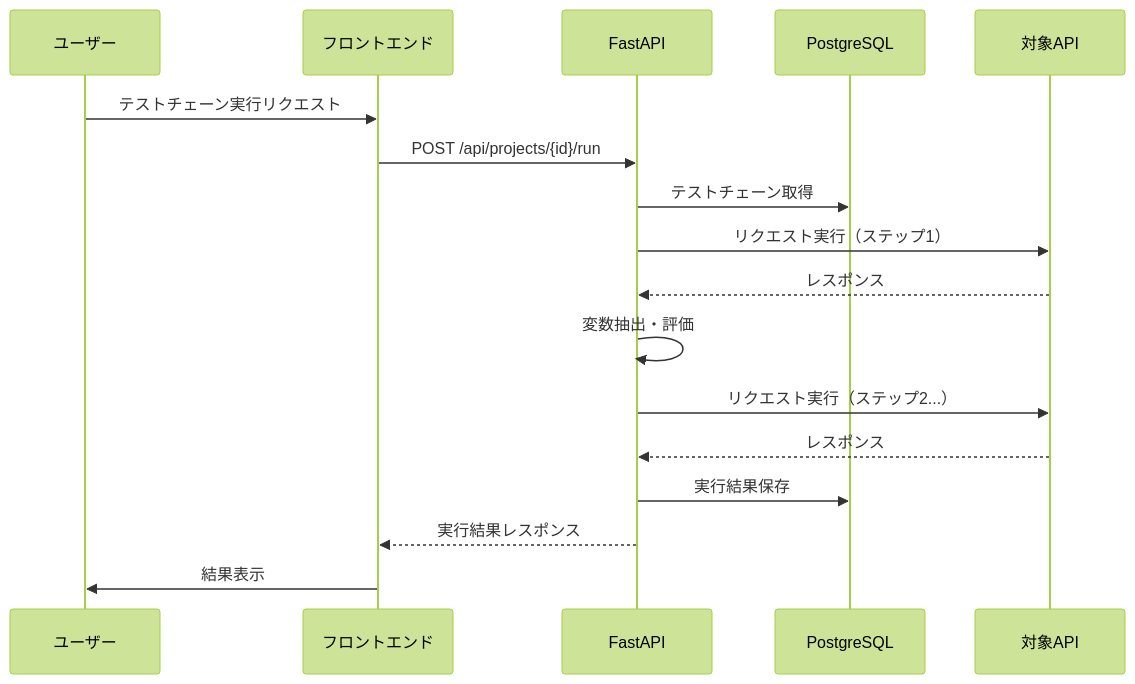
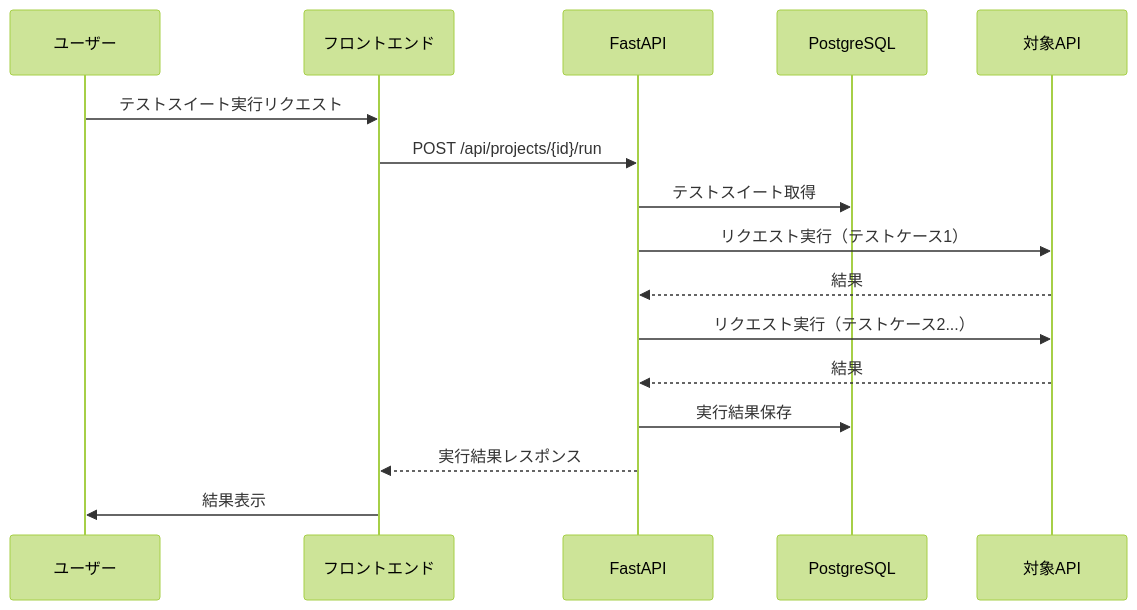
Before and after one commit to Pirikara/caseforge: the fourth of 5 diagrams in ARCHITECTURE.md, drawn with Mermaid (forest theme). The commit also changed other lines of this file and 46 other files, not shown here.

````diff
--- a/ARCHITECTURE.md
+++ b/ARCHITECTURE.md
@@ -169,20 +169,19 @@
 ```mermaid
 sequenceDiagram
   participant User as ユーザー
   participant UI as フロントエンド
   participant API as FastAPI
   participant DB as PostgreSQL
   participant Target as 対象API
 
-  User->>UI: テストチェーン実行リクエスト
+  User->>UI: テストスイート実行リクエスト
   UI->>API: POST /api/projects/{id}/run
-  API->>DB: テストチェーン取得
-  API->>Target: リクエスト実行（ステップ1）
-  Target-->>API: レスポンス
-  API->>API: 変数抽出・評価
-  API->>Target: リクエスト実行（ステップ2...）
-  Target-->>API: レスポンス
+  API->>DB: テストスイート取得
+  API->>Target: リクエスト実行（テストケース1）
+  Target-->>API: 結果
+  API->>Target: リクエスト実行（テストケース2...）
+  Target-->>API: 結果
   API->>DB: 実行結果保存
   API-->>UI: 実行結果レスポンス
   UI->>User: 結果表示
 ```
````
